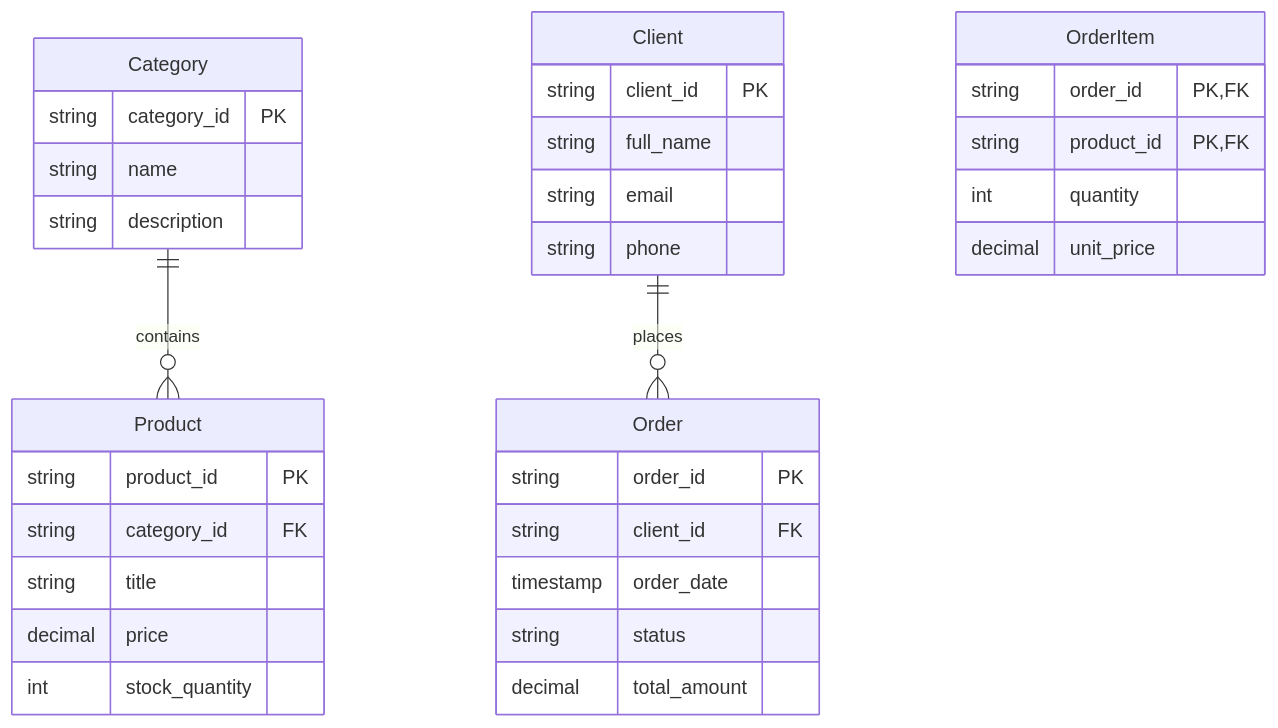
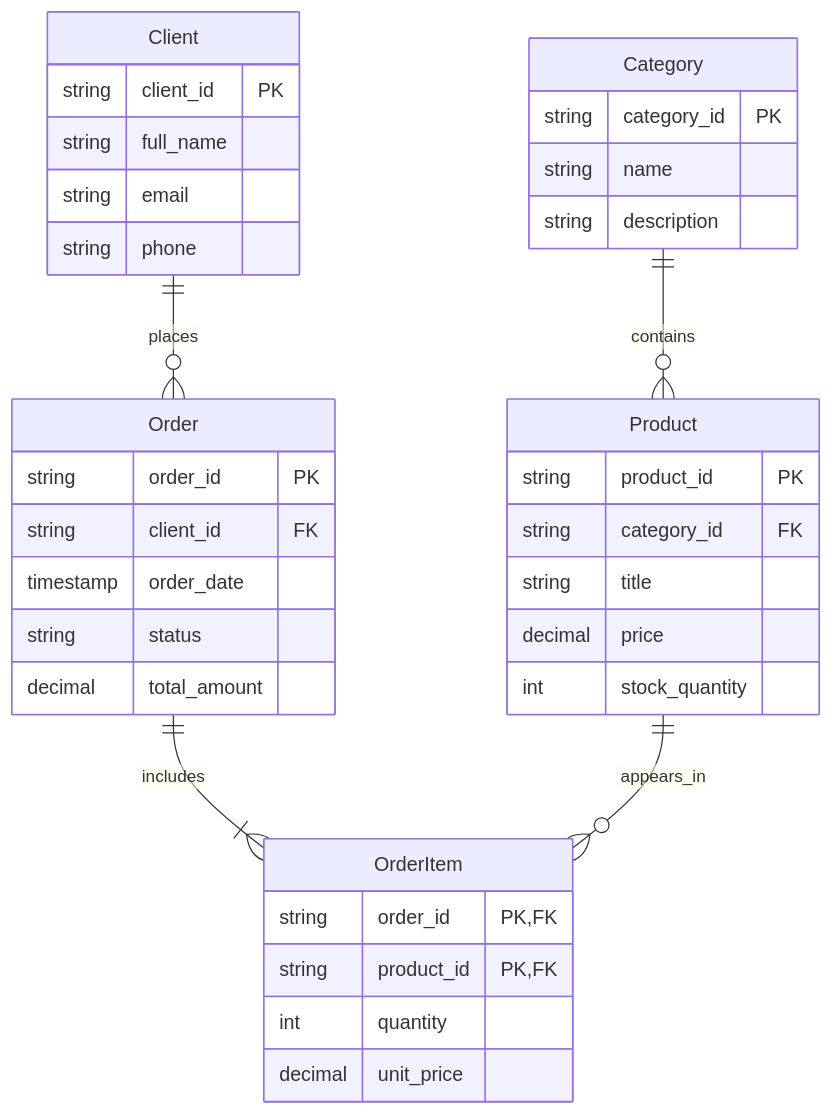
One commit to KELXN/lab1-ER-kpi changed the diagram in docs/er-model.mmd. Above: the diagram before and after it, drawn with Mermaid. The commit also changed 1 other file, not shown here.

Commit message:
docs: model order item cardinalities

```diff
--- a/docs/er-model.mmd
+++ b/docs/er-model.mmd
@@ -1,34 +1,36 @@
 erDiagram
     Category {
         string category_id PK
         string name
         string description
     }
     Product {
         string product_id PK
         string category_id FK
         string title
         decimal price
         int stock_quantity
     }
     Client {
         string client_id PK
         string full_name
         string email
         string phone
     }
     Order {
         string order_id PK
         string client_id FK
         timestamp order_date
         string status
         decimal total_amount
     }
     OrderItem {
         string order_id PK, FK
         string product_id PK, FK
         int quantity
         decimal unit_price
     }
     Category ||--o{ Product : contains
     Client ||--o{ Order : places
+    Order ||--|{ OrderItem : includes
+    Product ||--o{ OrderItem : appears_in
```
